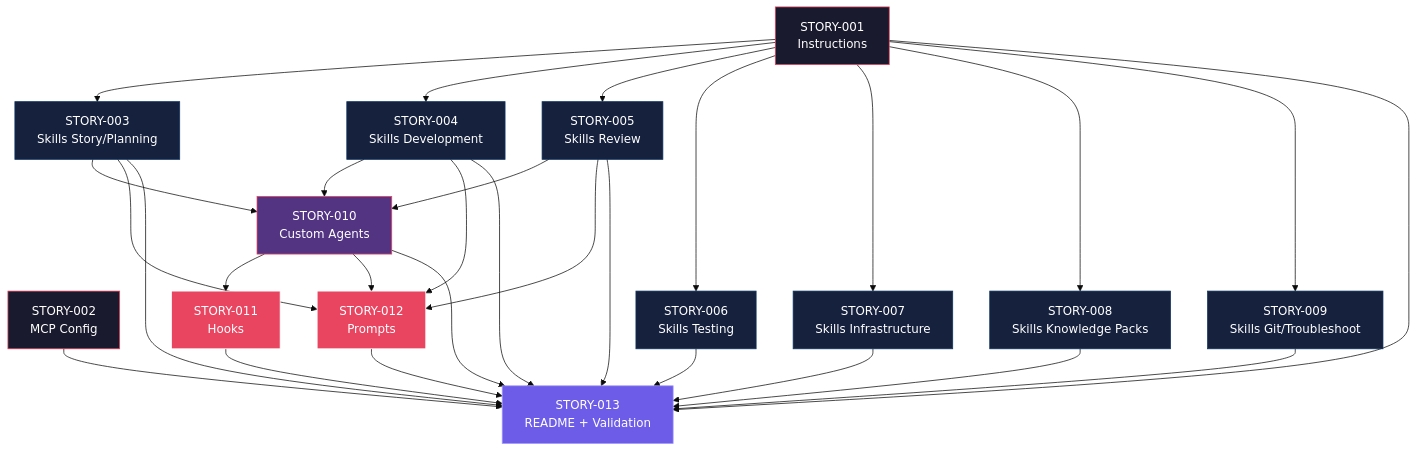
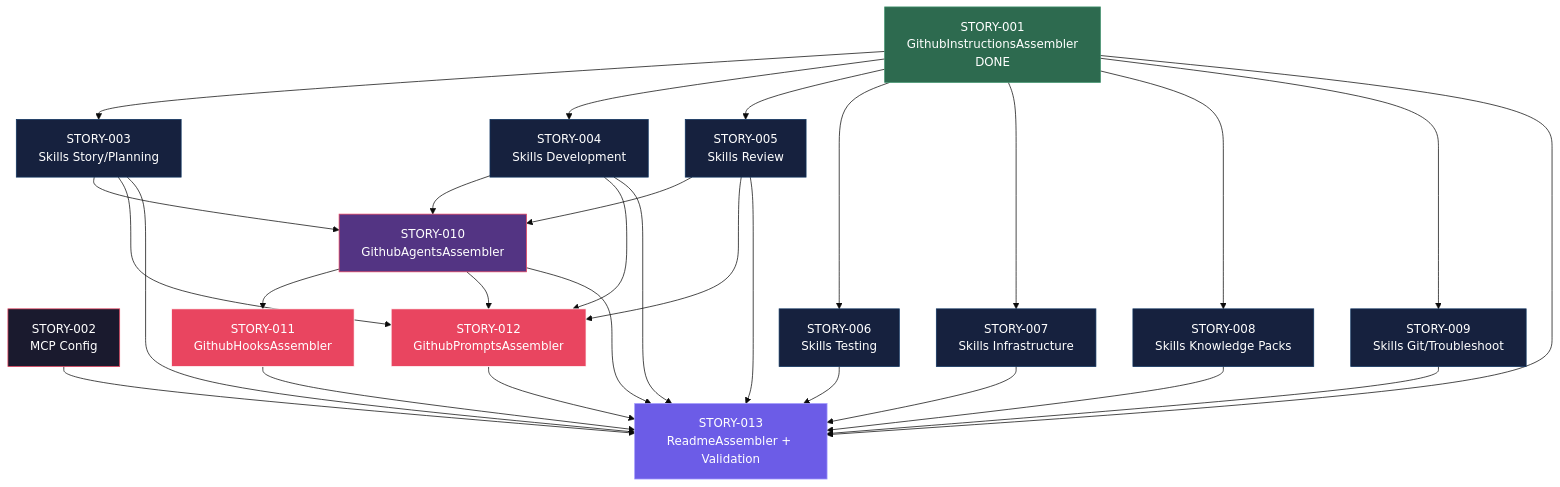
The diagram in docs/stories/github-structure/IMPLEMENTATION-MAP.md (edercnj/ia-dev-environment), drawn with Mermaid (base theme) before and after one commit. The commit also changed other lines of this file and 64 other files, not shown here.

First line of the commit message:
feat: add GithubInstructionsAssembler and gitignore .github/ as generated output

````diff
--- a/docs/stories/github-structure/IMPLEMENTATION-MAP.md
+++ b/docs/stories/github-structure/IMPLEMENTATION-MAP.md
@@ -111,64 +170,66 @@
 ```mermaid
 graph TD
-    S001["STORY-001<br/>Instructions"]
+    S001["STORY-001<br/>GithubInstructionsAssembler<br/>DONE"]
     S002["STORY-002<br/>MCP Config"]
     S003["STORY-003<br/>Skills Story/Planning"]
     S004["STORY-004<br/>Skills Development"]
     S005["STORY-005<br/>Skills Review"]
     S006["STORY-006<br/>Skills Testing"]
     S007["STORY-007<br/>Skills Infrastructure"]
     S008["STORY-008<br/>Skills Knowledge Packs"]
     S009["STORY-009<br/>Skills Git/Troubleshoot"]
-    S010["STORY-010<br/>Custom Agents"]
-    S011["STORY-011<br/>Hooks"]
-    S012["STORY-012<br/>Prompts"]
-    S013["STORY-013<br/>README + Validation"]
+    S010["STORY-010<br/>GithubAgentsAssembler"]
+    S011["STORY-011<br/>GithubHooksAssembler"]
+    S012["STORY-012<br/>GithubPromptsAssembler"]
+    S013["STORY-013<br/>ReadmeAssembler + Validation"]
 
-    %% Fase 0 → 1
+    %% Fase 0 -> 1
     S001 --> S003
     S001 --> S004
     S001 --> S005
     S001 --> S006
     S001 --> S007
     S001 --> S008
     S001 --> S009
 
-    %% Fase 1 → 2
+    %% Fase 1 -> 2
     S003 --> S010
     S004 --> S010
     S005 --> S010
 
-    %% Fase 2 → 3
+    %% Fase 2 -> 3
     S010 --> S011
     S003 --> S012
     S004 --> S012
     S005 --> S012
     S010 --> S012
 
-    %% Fase 3 → 4 (e transversais → 4)
+    %% Fase 3 -> 4 (e transversais -> 4)
     S001 --> S013
     S002 --> S013
     S003 --> S013
     S004 --> S013
     S005 --> S013
     S006 --> S013
     S007 --> S013
     S008 --> S013
     S009 --> S013
     S010 --> S013
     S011 --> S013
     S012 --> S013
 
     %% Estilos por fase
+    classDef fase0done fill:#2d6a4f,stroke:#40916c,color:#fff
     classDef fase0 fill:#1a1a2e,stroke:#e94560,color:#fff
     classDef fase1 fill:#16213e,stroke:#0f3460,color:#fff
     classDef fase2 fill:#533483,stroke:#e94560,color:#fff
     classDef fase3 fill:#e94560,stroke:#fff,color:#fff
     classDef fase4 fill:#6c5ce7,stroke:#a29bfe,color:#fff
 
-    class S001,S002 fase0
+    class S001 fase0done
+    class S002 fase0
     class S003,S004,S005,S006,S007,S008,S009 fase1
     class S010 fase2
     class S011,S012 fase3
     class S013 fase4
 ```
````
